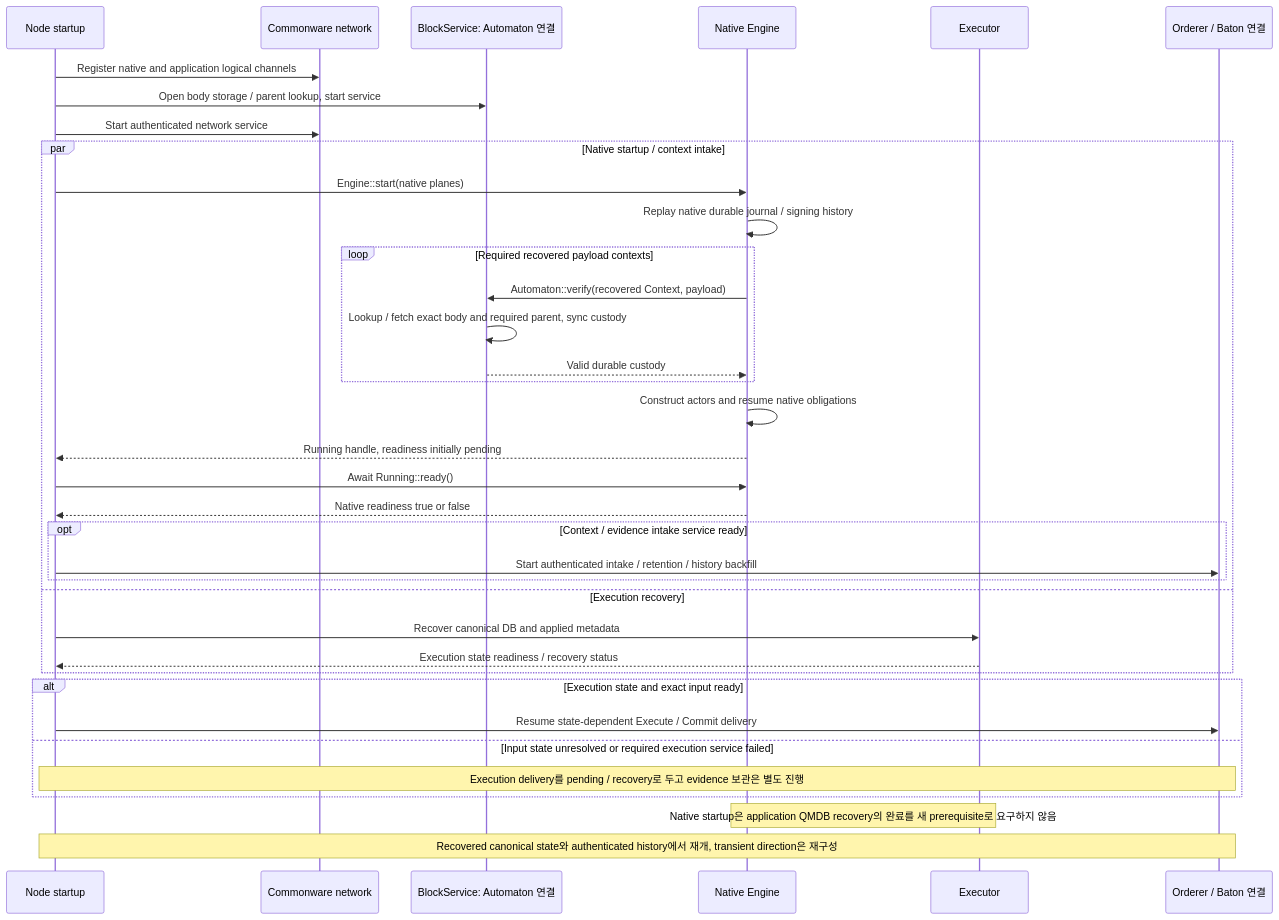
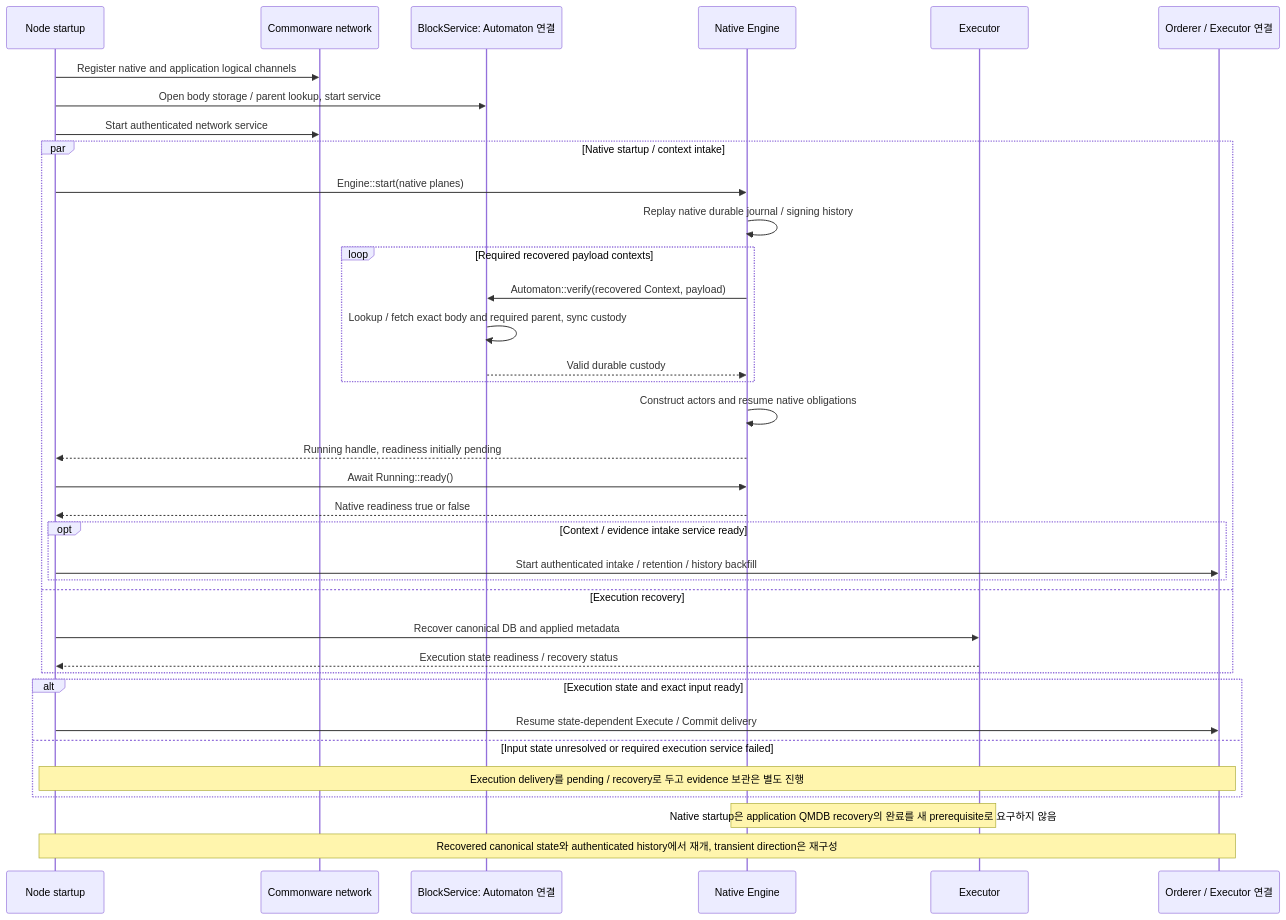
Before and after one commit to djm07073/baton-research: diagram 13 of 18 in IMPLEMENTATION_SPEC.md, drawn with Mermaid. The commit also changed other lines of this file and 30 other files, not shown here.

````diff
--- a/IMPLEMENTATION_SPEC.md
+++ b/IMPLEMENTATION_SPEC.md
@@ -618,38 +629,38 @@
 ```mermaid
 sequenceDiagram
     participant S as Node startup
     participant W as Commonware network
     participant A as BlockService: Automaton 연결
     participant N as Native Engine
     participant E as Executor
-    participant B as Orderer / Baton 연결
+    participant B as Orderer / Executor 연결
     S->>W: Register native and application logical channels
     S->>A: Open body storage / parent lookup, start service
     S->>W: Start authenticated network service
     par Native startup / context intake
         S->>N: Engine::start(native planes)
         N->>N: Replay native durable journal / signing history
         loop Required recovered payload contexts
             N->>A: Automaton::verify(recovered Context, payload)
             A->>A: Lookup / fetch exact body and required parent, sync custody
             A-->>N: Valid durable custody
         end
         N->>N: Construct actors and resume native obligations
         N-->>S: Running handle, readiness initially pending
         S->>N: Await Running::ready()
         N-->>S: Native readiness true or false
         opt Context / evidence intake service ready
             S->>B: Start authenticated intake / retention / history backfill
         end
     and Execution recovery
         S->>E: Recover canonical DB and applied metadata
         E-->>S: Execution state readiness / recovery status
     end
     alt Execution state and exact input ready
         S->>B: Resume state-dependent Execute / Commit delivery
     else Input state unresolved or required execution service failed
         Note over S,B: Execution delivery를 pending / recovery로 두고 evidence 보관은 별도 진행
     end
     Note over N,E: Native startup은 application QMDB recovery의 완료를 새 prerequisite로 요구하지 않음
     Note over S,B: Recovered canonical state와 authenticated history에서 재개, transient direction은 재구성
 ```
````
